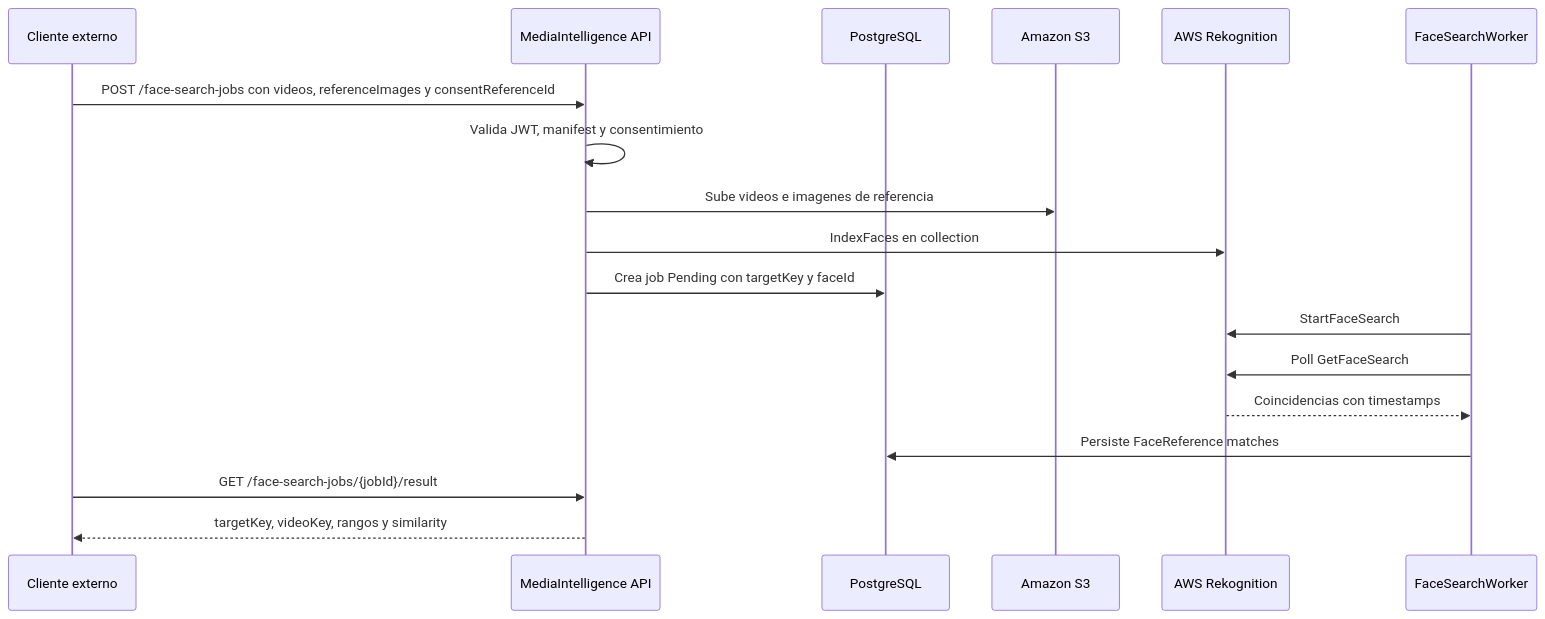
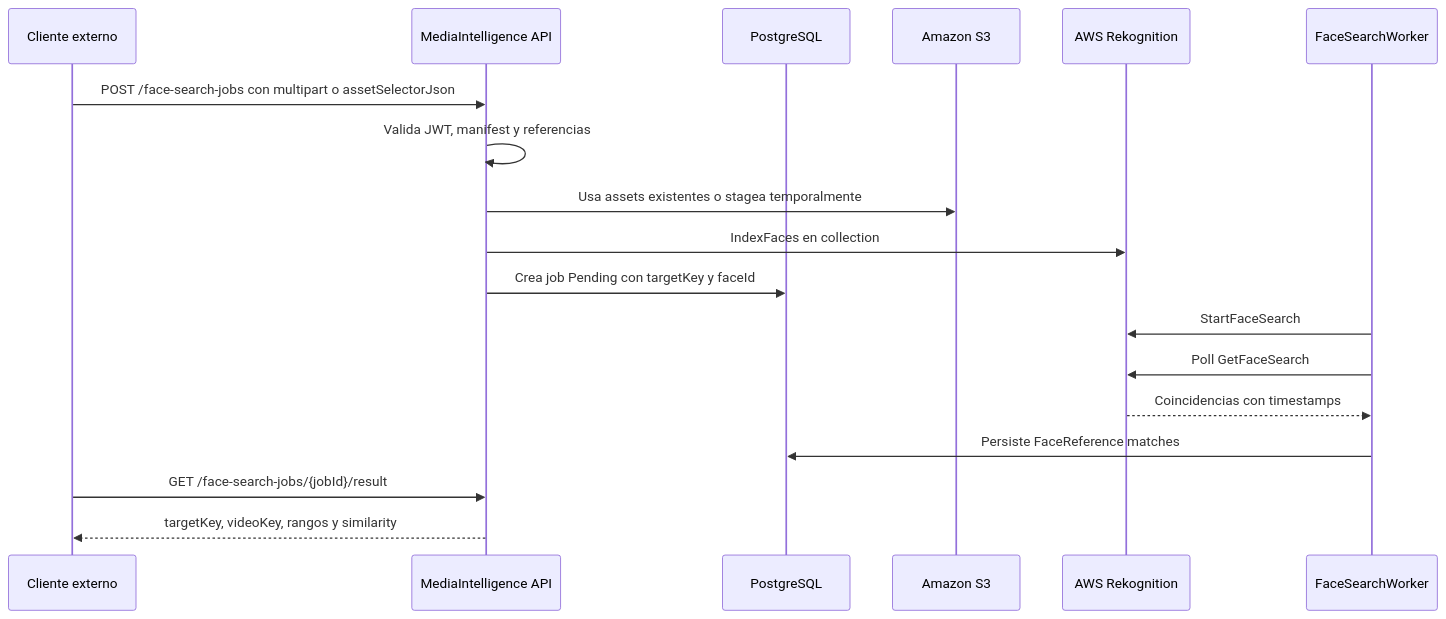
One commit to lokomurdok89/DeValpo.MediaIntelligence changed the second of 2 diagrams in docs/aws-rekognition-face-search.md. Above: the diagram before and after it, drawn with Mermaid. The commit also changed other lines of this file and 156 other files, not shown here.

Commit message:
Add cloud asset staging and image batch search

````diff
--- a/docs/aws-rekognition-face-search.md
+++ b/docs/aws-rekognition-face-search.md
@@ -211,21 +212,21 @@
 ```mermaid
 sequenceDiagram
     participant Client as Cliente externo
     participant API as MediaIntelligence API
     participant DB as PostgreSQL
     participant S3 as Amazon S3
     participant Rek as AWS Rekognition
     participant Worker as FaceSearchWorker
 
-    Client->>API: POST /face-search-jobs con videos, referenceImages y consentReferenceId
-    API->>API: Valida JWT, manifest y consentimiento
-    API->>S3: Sube videos e imagenes de referencia
+    Client->>API: POST /face-search-jobs con multipart o assetSelectorJson
+    API->>API: Valida JWT, manifest y referencias
+    API->>S3: Usa assets existentes o stagea temporalmente
     API->>Rek: IndexFaces en collection
     API->>DB: Crea job Pending con targetKey y faceId
     Worker->>Rek: StartFaceSearch
     Worker->>Rek: Poll GetFaceSearch
     Rek-->>Worker: Coincidencias con timestamps
     Worker->>DB: Persiste FaceReference matches
     Client->>API: GET /face-search-jobs/{jobId}/result
     API-->>Client: targetKey, videoKey, rangos y similarity
 ```
````
